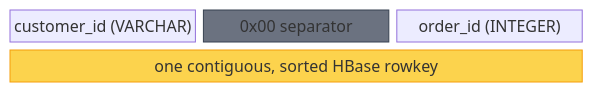
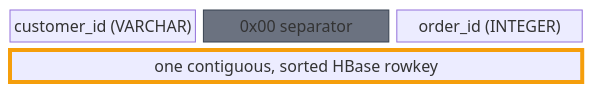
Before and after one commit to palashc/palashc.github.io: the first of 3 diagrams in src/content/blog/phoenix-fundamentals/phoenix-in-hbase.md, drawn with Mermaid. The commit also changed other lines of this file and 21 other files, not shown here.

````diff
--- a/src/content/blog/phoenix-fundamentals/phoenix-in-hbase.md
+++ b/src/content/blog/phoenix-fundamentals/phoenix-in-hbase.md
@@ -58,8 +58,8 @@
 ```mermaid
 block-beta
   columns 3
   a["customer_id (VARCHAR)"] b["0x00 separator"] c["order_id (INTEGER)"]
   rowkey["one contiguous, sorted HBase rowkey"]:3
   style b fill:#6b7280,color:#fff,stroke:#374151
-  style rowkey fill:#fcd34d,color:#78350f,stroke:#f59e0b
+  style rowkey stroke:#f59e0b,stroke-width:4px
 ```
````
